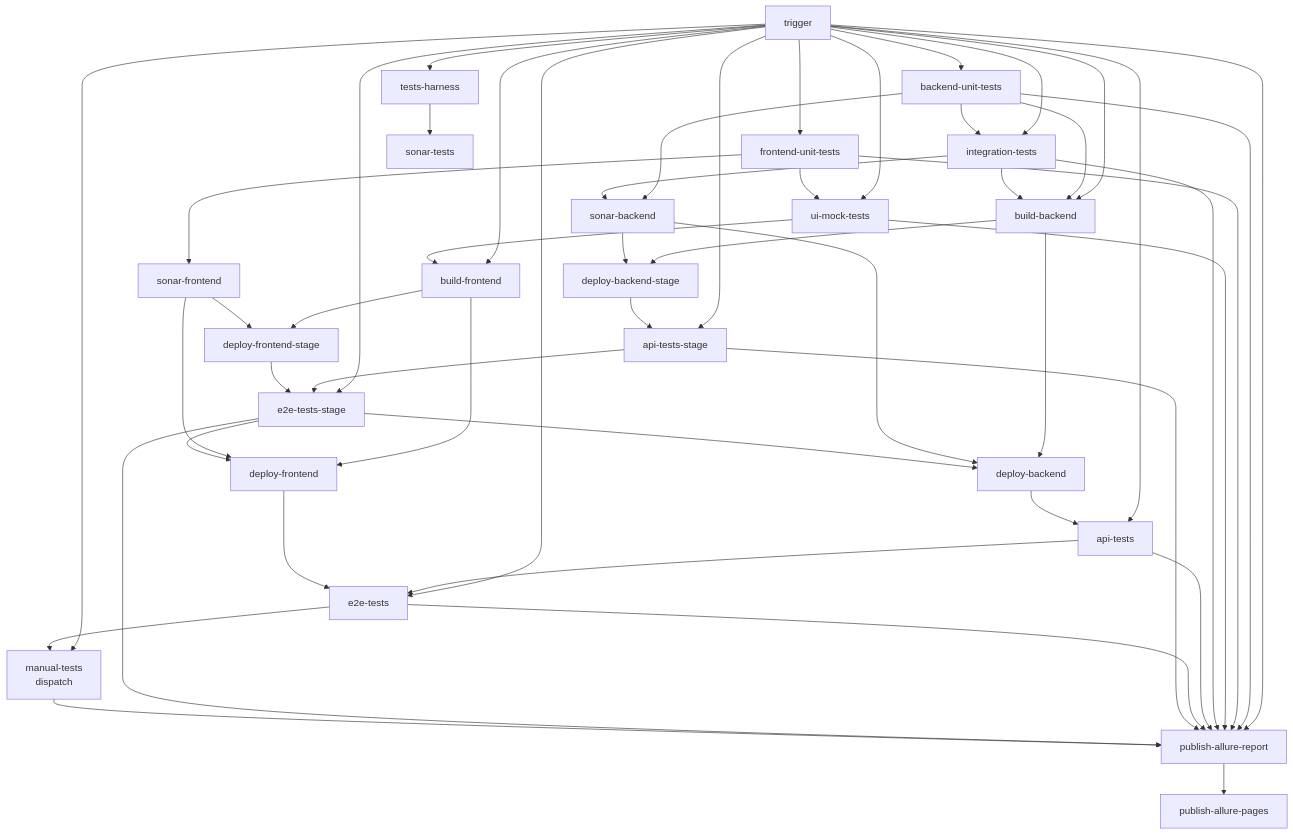
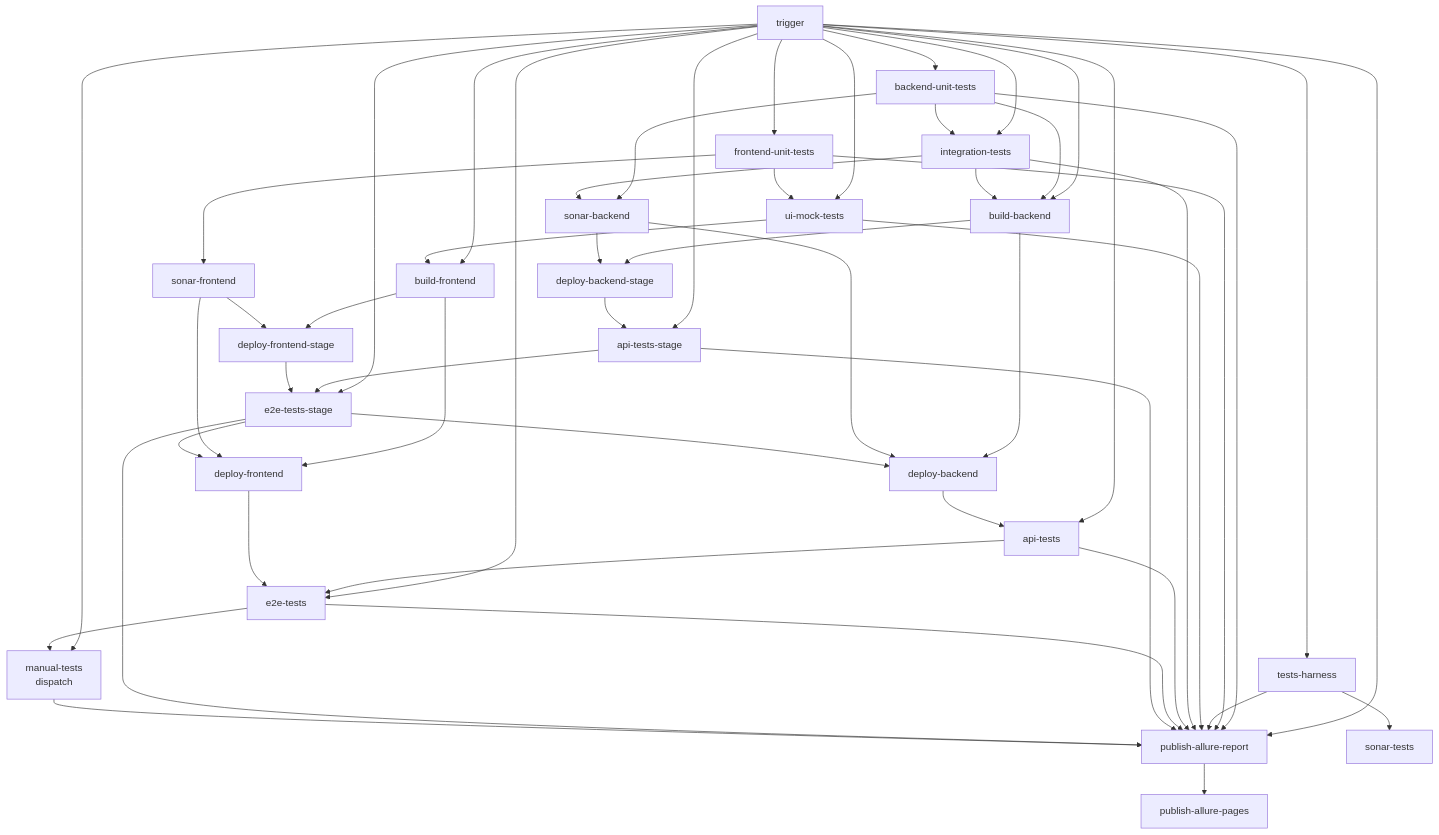
One commit to autotests-ai/autotests-ai-multistack-app changed the diagram in README.md. Above: the diagram before and after it, drawn with Mermaid. The commit also changed 6 other files, not shown here.

````diff
--- a/README.md
+++ b/README.md
@@ -78,55 +78,55 @@
 ```mermaid
 flowchart TB
   TRG[trigger]
 
   TRG --> UNIT[backend-unit-tests]
   TRG --> COMP[frontend-unit-tests]
   TRG --> H[tests-harness]
   TRG --> MOCK[ui-mock-tests]
   TRG --> INT[integration-tests]
   TRG --> BB
   TRG --> BF
   TRG --> API
   TRG --> E2E
   TRG --> APIS
   TRG --> E2ES
   TRG --> MAN
   TRG --> PUB
 
   UNIT --> INT
   UNIT --> SB[sonar-backend]
   INT --> SB
   COMP --> SF[sonar-frontend]
   COMP --> MOCK
   H --> ST[sonar-tests]
 
   UNIT --> BB[build-backend]
   INT --> BB
   MOCK --> BF[build-frontend]
 
   BB --> DB[deploy-backend]
   SB --> DB
   BB --> DBS[deploy-backend-stage]
   SB --> DBS
 
   BF --> DF[deploy-frontend]
   SF --> DF
   BF --> DFS[deploy-frontend-stage]
   SF --> DFS
 
   DB --> API[api-tests]
 
   API --> E2E[e2e-tests]
   DF --> E2E
 
   DBS --> APIS[api-tests-stage]
   APIS --> E2ES[e2e-tests-stage]
   DFS --> E2ES
   E2ES --> DB
   E2ES --> DF
 
   E2E --> MAN[manual-tests<br/>dispatch]
 
-  UNIT & COMP & MOCK & INT & API & E2E & APIS & E2ES & MAN --> PUB[publish-allure-report]
+  UNIT & COMP & H & MOCK & INT & API & E2E & APIS & E2ES & MAN --> PUB[publish-allure-report]
   PUB --> PAGES[publish-allure-pages]
 ```
````
